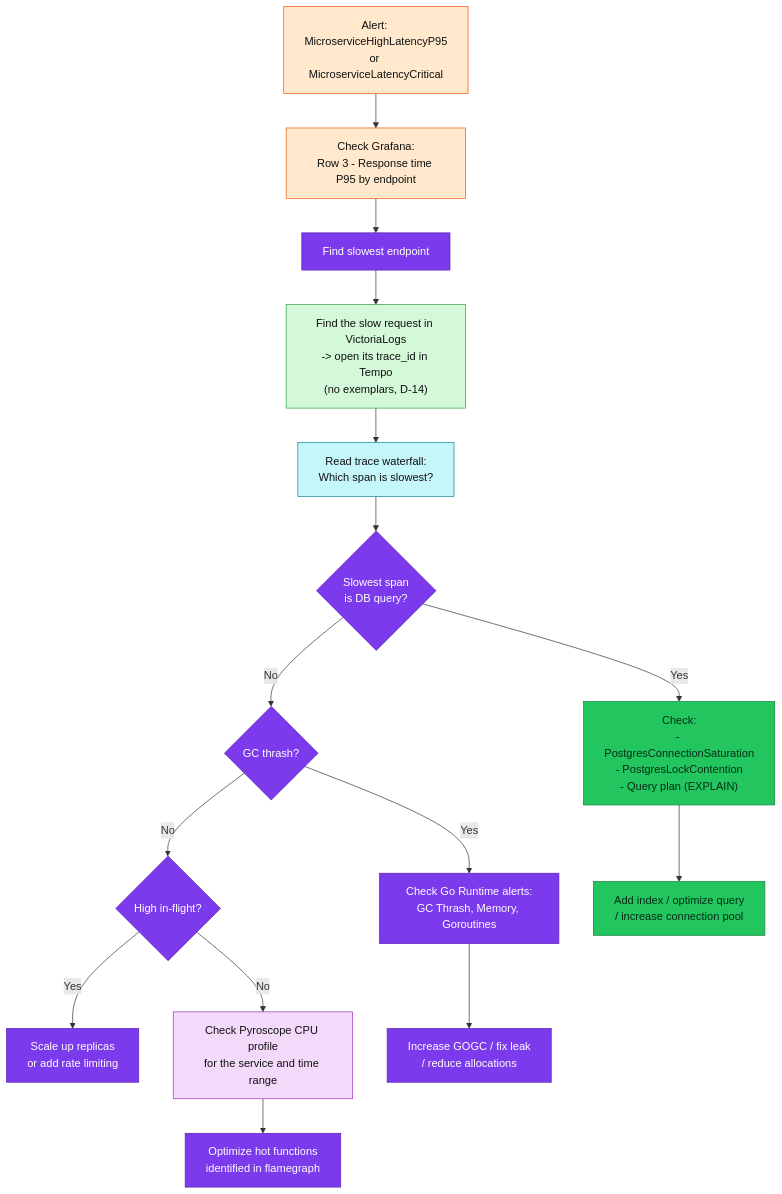
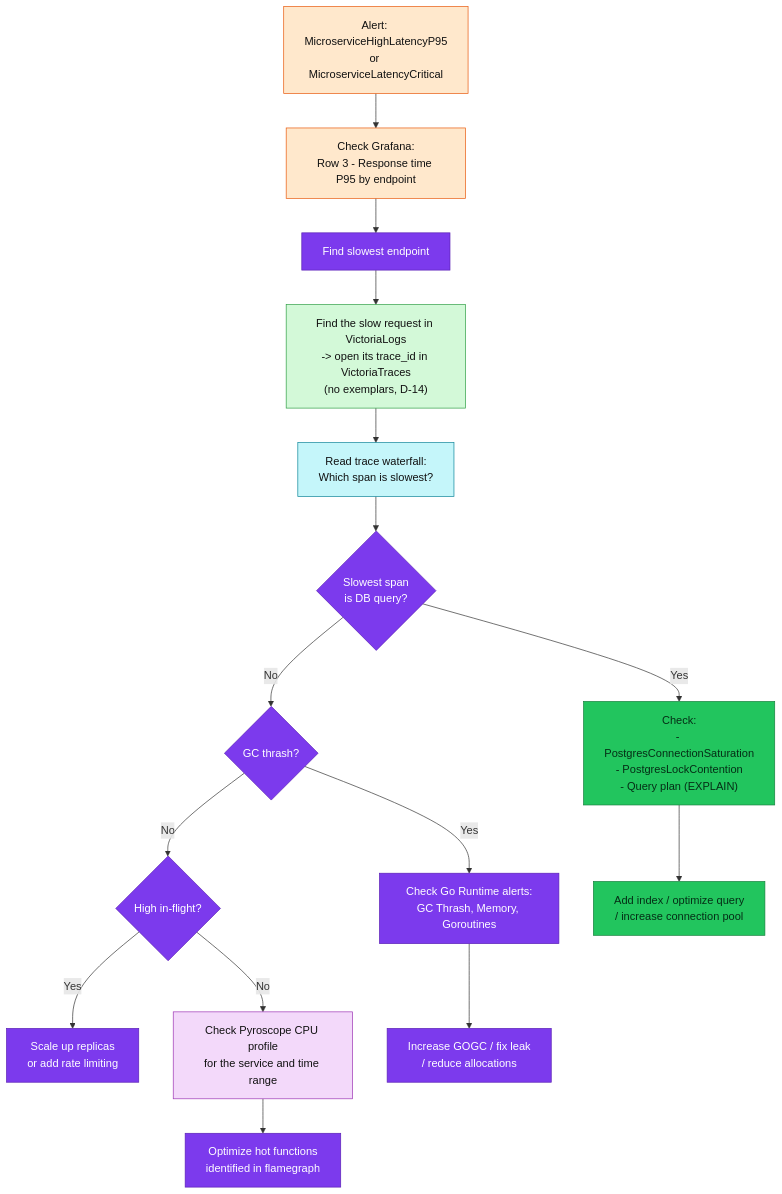
The second of 4 diagrams in docs/observability/runbooks/microservices/README.md (duynhlab/homelab), drawn with Mermaid before and after one commit. The commit also changed other lines of this file and 57 other files, not shown here.

````diff
--- a/docs/observability/runbooks/microservices/README.md
+++ b/docs/observability/runbooks/microservices/README.md
@@ -162,38 +162,38 @@
 ```mermaid
 flowchart TD
     Start["Alert: MicroserviceHighLatencyP95\nor MicroserviceLatencyCritical"] --> CheckP95["Check Grafana:\nRow 3 - Response time P95 by endpoint"]
 
     CheckP95 --> IdentifyEndpoint["Find slowest endpoint"]
 
 
-    IdentifyEndpoint --> CheckExemplar["Find the slow request in VictoriaLogs\n-> open its trace_id in Tempo\n(no exemplars, D-14)"]
+    IdentifyEndpoint --> CheckExemplar["Find the slow request in VictoriaLogs\n-> open its trace_id in VictoriaTraces\n(no exemplars, D-14)"]
 
     CheckExemplar --> ReadTrace["Read trace waterfall:\nWhich span is slowest?"]
 
     ReadTrace --> IsDB{"Slowest span<br/>is DB query?"}
     IsDB -->|Yes| CheckDBMetrics["Check:\n- PostgresConnectionSaturation\n- PostgresLockContention\n- Query plan (EXPLAIN)"]
     IsDB -->|No| IsGC{"GC thrash?"}
 
     IsGC -->|Yes| CheckRuntime["Check Go Runtime alerts:\nGC Thrash, Memory, Goroutines"]
     IsGC -->|No| IsSaturation{"High in-flight?"}
 
     IsSaturation -->|Yes| ScaleUp["Scale up replicas\nor add rate limiting"]
     IsSaturation -->|No| CheckPyroscope["Check Pyroscope CPU profile\nfor the service and time range"]
 
     CheckDBMetrics --> OptimizeDB["Add index / optimize query\n/ increase connection pool"]
     CheckRuntime --> OptimizeRuntime["Increase GOGC / fix leak\n/ reduce allocations"]
     CheckPyroscope --> OptimizeCode["Optimize hot functions\nidentified in flamegraph"]
 
     classDef metric fill:#ffe8cc,color:#111,stroke:#e8590c;
     classDef log fill:#d3f9d8,color:#111,stroke:#2f9e44;
     classDef trace fill:#c5f6fa,color:#111,stroke:#0c8599;
     classDef profile fill:#f3d9fa,color:#111,stroke:#9c36b5;
     classDef data fill:#22c55e,color:#052e16,stroke:#15803d;
     classDef platform fill:#7c3aed,color:#fff,stroke:#5b21b6;
     class Start,CheckP95 metric;
     class CheckExemplar log;
     class ReadTrace trace;
     class CheckPyroscope profile;
     class CheckDBMetrics,OptimizeDB data;
     class IdentifyEndpoint,IsDB,IsGC,IsSaturation,CheckRuntime,ScaleUp,OptimizeRuntime,OptimizeCode platform;
 ```
````
